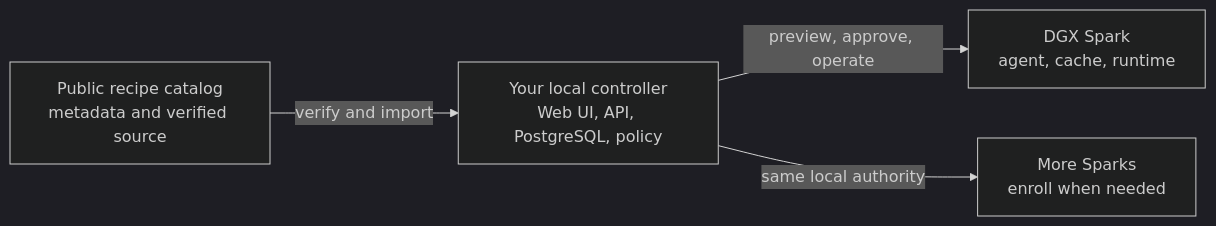
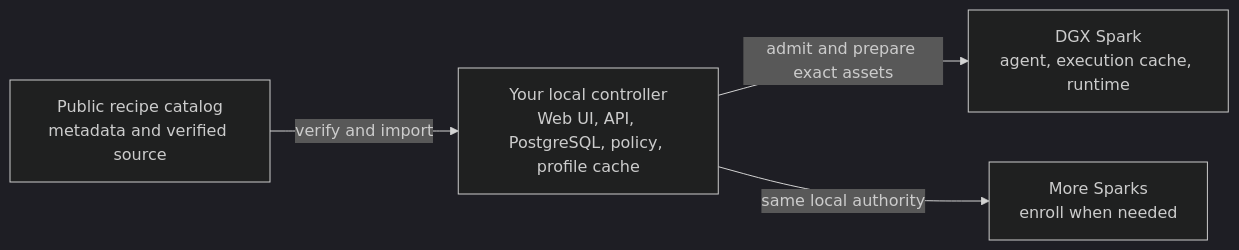
Before and after one commit to CarstVaartjes/vonk-forge: the diagram in README.md, drawn with Mermaid (dark theme). The commit also changed other lines of this file and 12 other files, not shown here.

Commit message:
docs: align profile lifecycle with NAS cache authority

````diff
--- a/README.md
+++ b/README.md
@@ -35,11 +38,11 @@
 ```mermaid
 flowchart LR
     Catalog[Public recipe catalog<br/>metadata and verified source]
-    Controller[Your local controller<br/>Web UI, API, PostgreSQL, policy]
-    SparkA[DGX Spark<br/>agent, cache, runtime]
+    Controller[Your local controller<br/>Web UI, API, PostgreSQL, policy, profile cache]
+    SparkA[DGX Spark<br/>agent, execution cache, runtime]
     SparkN[More Sparks<br/>enroll when needed]
 
     Catalog -->|verify and import| Controller
-    Controller -->|preview, approve, operate| SparkA
+    Controller -->|admit and prepare exact assets| SparkA
     Controller -->|same local authority| SparkN
 ```
````
